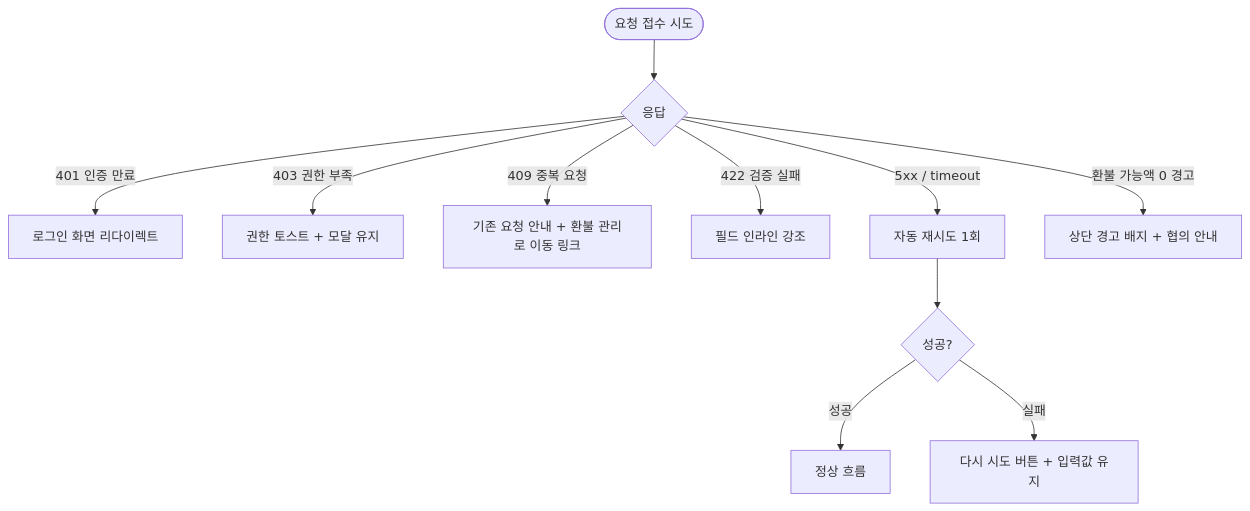
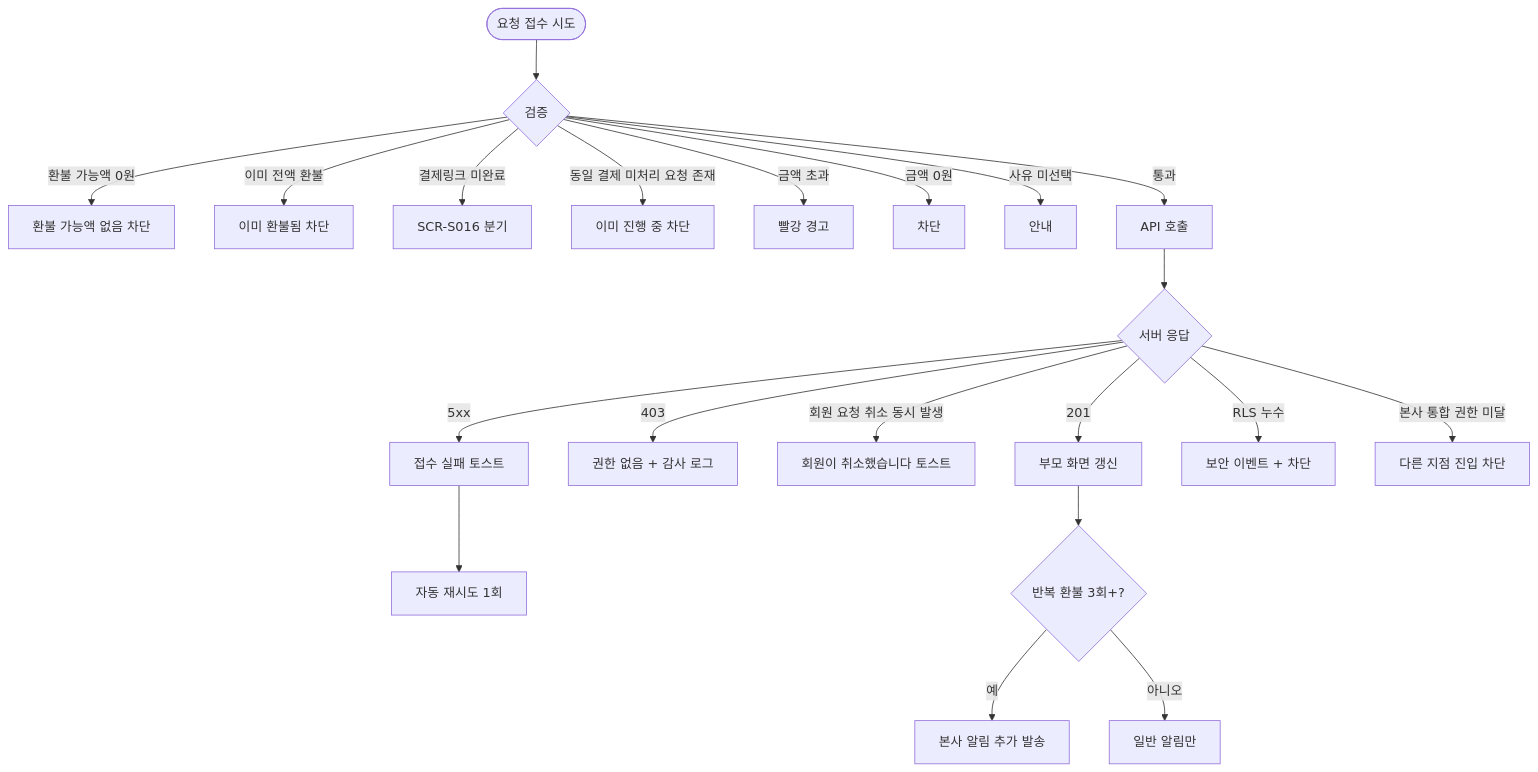
One commit to dev-spogym/admin-pando changed the second of 2 diagrams in docs-domain/D03 매출관리/DLG-S015 환불요청 다이얼로그/README.md. Above: the diagram before and after it, drawn with Mermaid. The commit also changed other lines of this file and 54 other files, not shown here.

````diff
--- a/docs-domain/D03 매출관리/DLG-S015 환불요청 다이얼로그/README.md
+++ b/docs-domain/D03 매출관리/DLG-S015 환불요청 다이얼로그/README.md
@@ -84,13 +237,23 @@
 ```mermaid
 flowchart TD
-    A([요청 접수 시도]) --> B{응답}
-    B -->|401 인증 만료| C[로그인 화면 리다이렉트]
-    B -->|403 권한 부족| D[권한 토스트 + 모달 유지]
-    B -->|409 중복 요청| E[기존 요청 안내 + 환불 관리로 이동 링크]
-    B -->|422 검증 실패| F[필드 인라인 강조]
-    B -->|5xx / timeout| G[자동 재시도 1회]
-    G --> H{성공?}
-    H -->|성공| I[정상 흐름]
-    H -->|실패| J[다시 시도 버튼 + 입력값 유지]
-    B -->|환불 가능액 0 경고| K[상단 경고 배지 + 협의 안내]
+    A([요청 접수 시도]) --> B{검증}
+    B -->|환불 가능액 0원| C["환불 가능액 없음" 차단]
+    B -->|이미 전액 환불| D["이미 환불됨" 차단]
+    B -->|결제링크 미완료| E[SCR-S016 분기]
+    B -->|동일 결제 미처리 요청 존재| F["이미 진행 중" 차단]
+    B -->|금액 초과| G[빨강 경고]
+    B -->|금액 0원| H[차단]
+    B -->|사유 미선택| I[안내]
+    B -->|통과| J[API 호출]
+    J --> K{서버 응답}
+    K -->|5xx| L["접수 실패" 토스트]
+    L --> M[자동 재시도 1회]
+    K -->|403| N["권한 없음" + 감사 로그]
+    K -->|회원 요청 취소 동시 발생| O["회원이 취소했습니다" 토스트]
+    K -->|201| P[부모 화면 갱신]
+    P --> Q{반복 환불 3회+?}
+    Q -->|예| R[본사 알림 추가 발송]
+    Q -->|아니오| S[일반 알림만]
+    K -->|RLS 누수| T[보안 이벤트 + 차단]
+    K -->|본사 통합 권한 미달| U[다른 지점 진입 차단]
 ```
````
